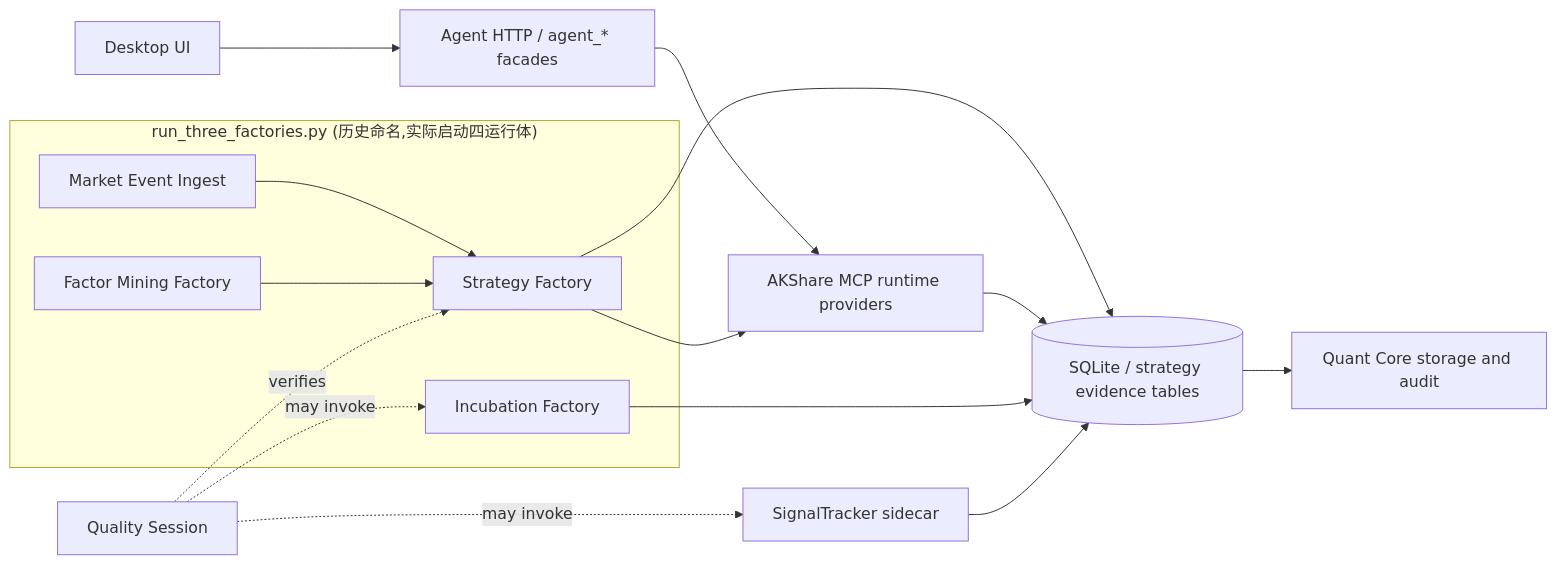
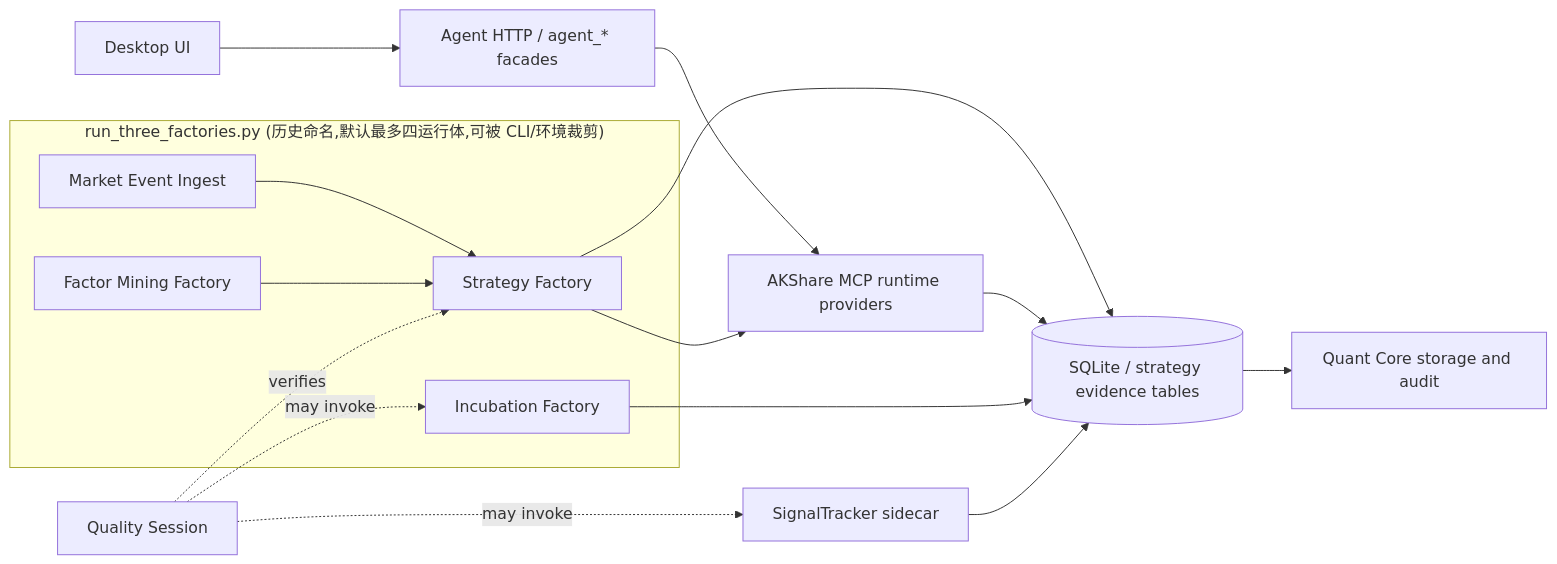
The diagram in docs/factory-architecture/01-当前实际架构.md (walkingzzzy/AIASK), drawn with Mermaid before and after one commit. The commit also changed other lines of this file and 155 other files, not shown here.

````diff
--- a/docs/factory-architecture/01-当前实际架构.md
+++ b/docs/factory-architecture/01-当前实际架构.md
@@ -72,31 +72,31 @@
 ```mermaid
 flowchart LR
-  subgraph Supervisor["run_three_factories.py (历史命名,实际启动四运行体)"]
+  subgraph Supervisor["run_three_factories.py (历史命名,默认最多四运行体,可被 CLI/环境裁剪)"]
     SF["Strategy Factory"]
     FMF["Factor Mining Factory"]
     IF["Incubation Factory"]
     MEI["Market Event Ingest"]
   end
 
   ST["SignalTracker sidecar"]
   QS["Quality Session"]
   DB[("SQLite / strategy evidence tables")]
   QC["Quant Core storage and audit"]
   AK["AKShare MCP runtime providers"]
   Agent["Agent HTTP / agent_* facades"]
   Desktop["Desktop UI"]
 
   Desktop --> Agent
   Agent --> AK
   MEI --> SF
   FMF --> SF
   SF --> AK
   SF --> DB
   AK --> DB
   IF --> DB
   ST --> DB
   QS -. verifies .-> SF
   QS -. may invoke .-> ST
   QS -. may invoke .-> IF
   DB --> QC
 ```
````
